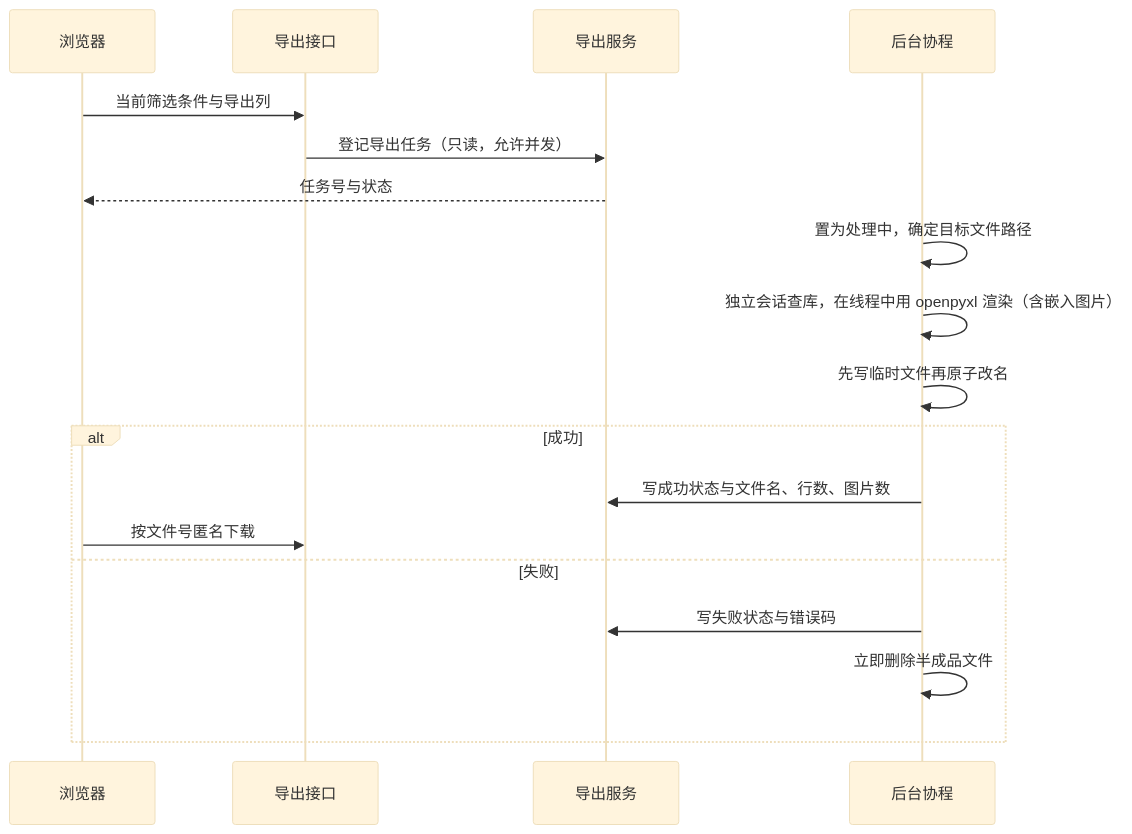
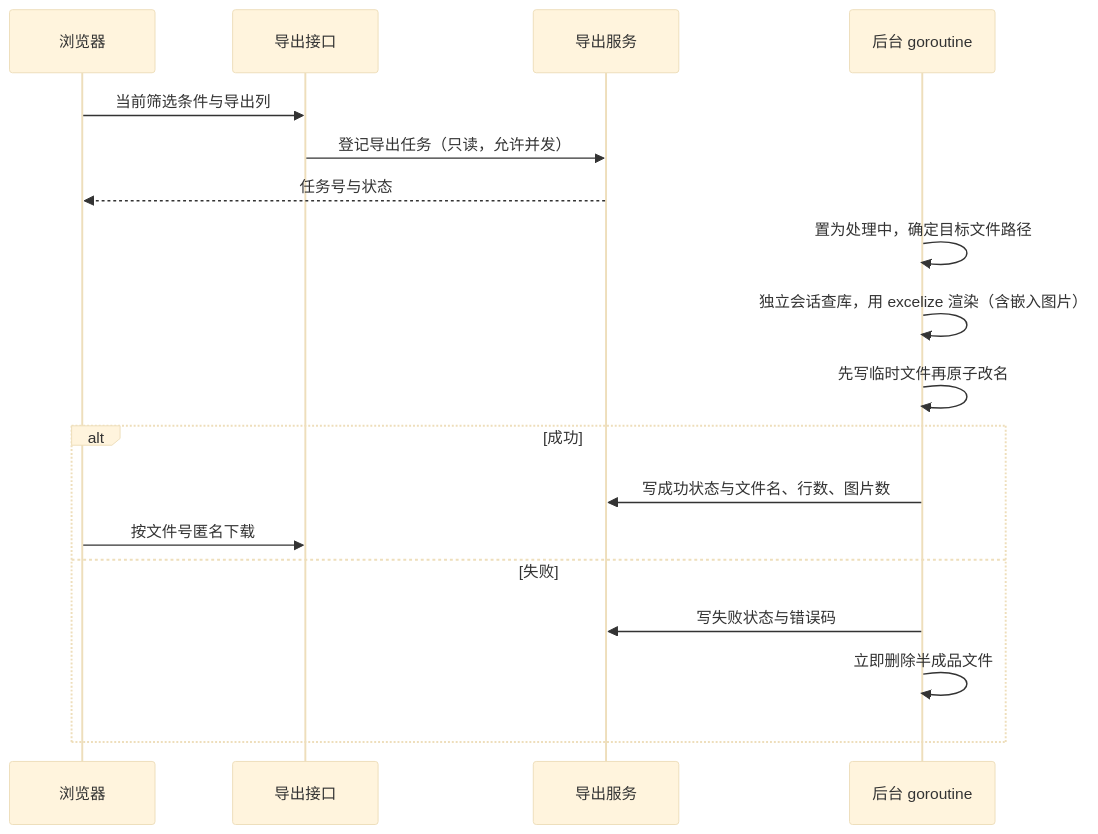
Before and after one commit to Sakana-1314/Electrical-Manager: diagram 17 of 31 in docs/websites/pages/dev-flows.md, drawn with Mermaid (base theme). The commit also changed other lines of this file and 329 other files, not shown here.

````diff
--- a/docs/websites/pages/dev-flows.md
+++ b/docs/websites/pages/dev-flows.md
@@ -269,20 +269,20 @@
 ```mermaid
 sequenceDiagram
     participant U as 浏览器
     participant API as 导出接口
     participant S as 导出服务
-    participant BG as 后台协程
+    participant BG as 后台 goroutine
     U->>API: 当前筛选条件与导出列
     API->>S: 登记导出任务（只读，允许并发）
     S-->>U: 任务号与状态
     BG->>BG: 置为处理中，确定目标文件路径
-    BG->>BG: 独立会话查库，在线程中用 openpyxl 渲染（含嵌入图片）
+    BG->>BG: 独立会话查库，用 excelize 渲染（含嵌入图片）
     BG->>BG: 先写临时文件再原子改名
     alt 成功
         BG->>S: 写成功状态与文件名、行数、图片数
         U->>API: 按文件号匿名下载
     else 失败
         BG->>S: 写失败状态与错误码
         BG->>BG: 立即删除半成品文件
     end
 ```
````
